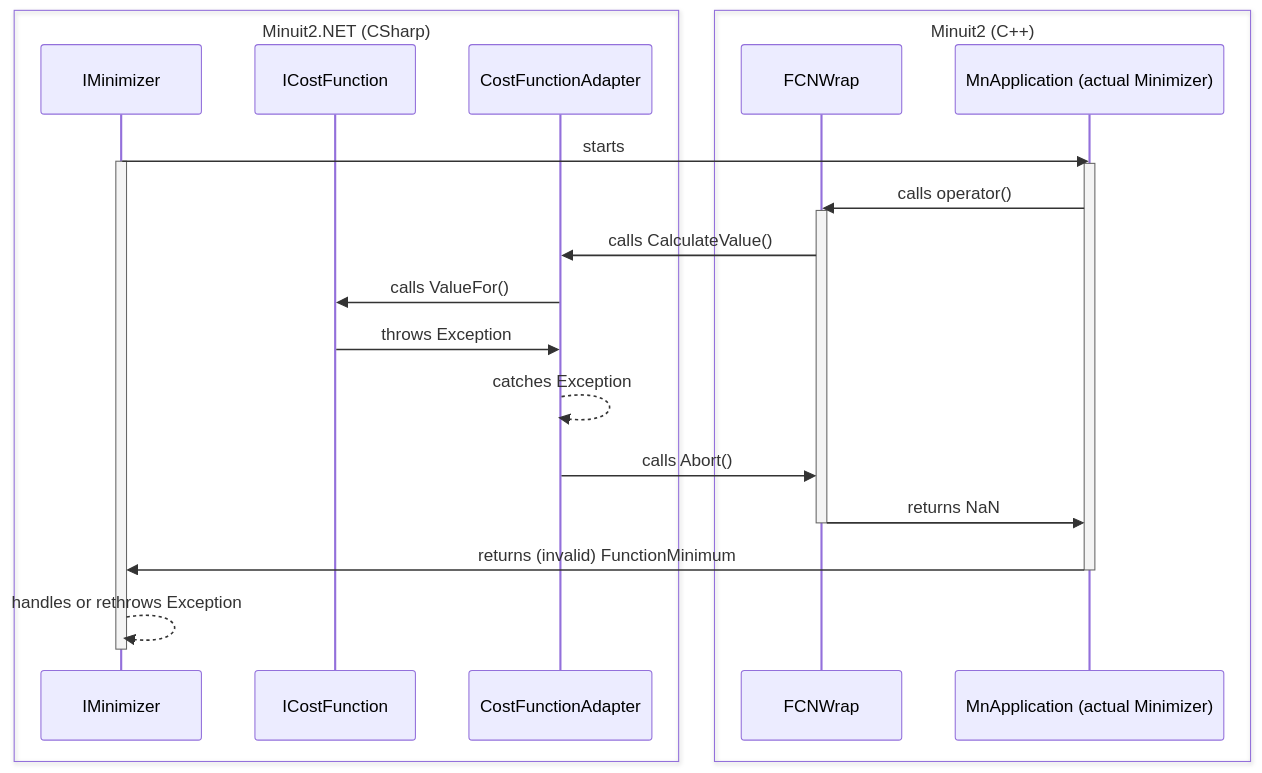
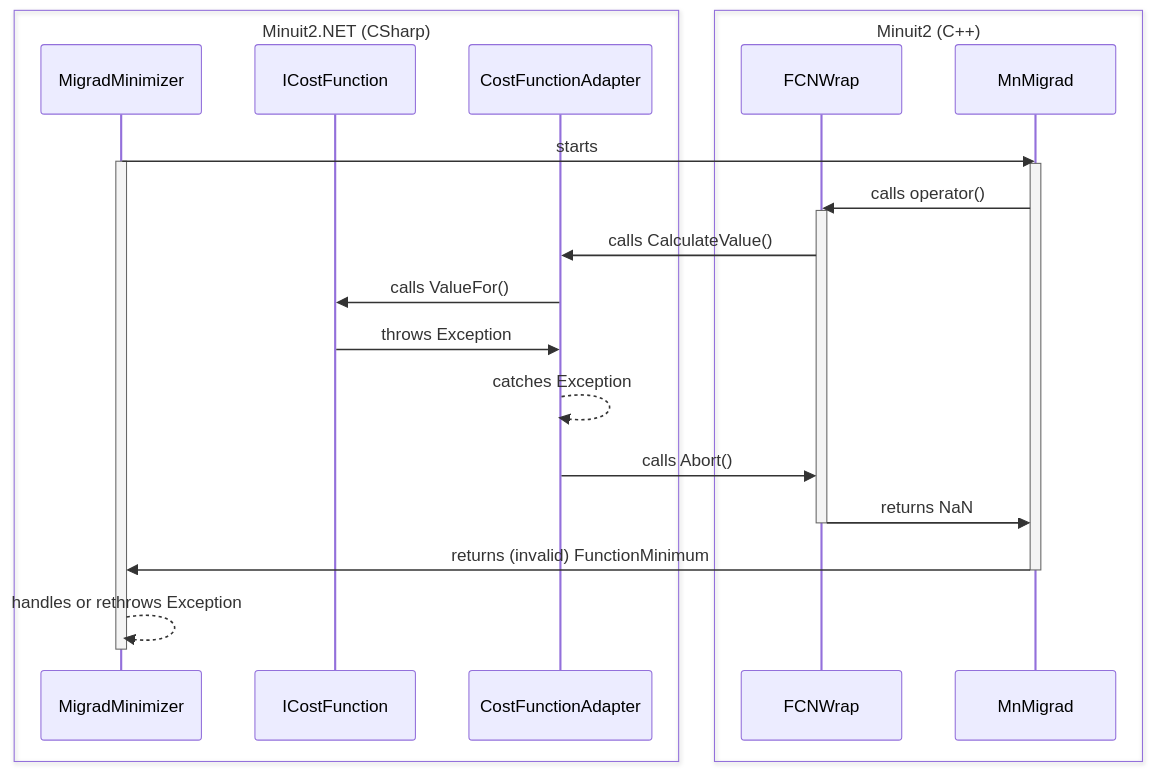
Before and after one commit to bruker-biosensors/minuit2.net: the diagram in minuit2.wrap/README.md, drawn with Mermaid. The commit also changed other lines of this file, not shown here.

Commit message:
docs: Improve readme for Minuit2 wrapping (incl. exception handling)

````diff
--- a/minuit2.wrap/README.md
+++ b/minuit2.wrap/README.md
@@ -30,31 +34,31 @@
 ``` mermaid
 sequenceDiagram
 
 box Minuit2.NET (CSharp)
-    participant IMinimizer
+    participant MigradMinimizer
     participant ICostFunction
     participant CostFunctionAdapter
     end
 
 box Minuit2 (C++)
     participant FCNWrap
-    participant MnApplication (actual Minimizer)
+    participant MnMigrad
     end
 
-    IMinimizer ->> MnApplication (actual Minimizer): starts
-    activate IMinimizer
-    activate MnApplication (actual Minimizer)
-    MnApplication (actual Minimizer) ->> FCNWrap: calls operator()
+    MigradMinimizer ->> MnMigrad: starts
+    activate MigradMinimizer
+    activate MnMigrad
+    MnMigrad ->> FCNWrap: calls operator()
     activate FCNWrap
     FCNWrap ->> CostFunctionAdapter: calls CalculateValue()
     CostFunctionAdapter ->> ICostFunction: calls ValueFor()
     ICostFunction ->> CostFunctionAdapter: throws Exception
     CostFunctionAdapter -->> CostFunctionAdapter: catches Exception
     CostFunctionAdapter ->> FCNWrap: calls Abort()
-    FCNWrap ->> MnApplication (actual Minimizer): returns NaN
+    FCNWrap ->> MnMigrad: returns NaN
     deactivate FCNWrap
-    MnApplication (actual Minimizer) ->> IMinimizer: returns (invalid) FunctionMinimum
-    deactivate MnApplication (actual Minimizer)
-    IMinimizer -->> IMinimizer: handles or rethrows Exception
-    deactivate IMinimizer
+    MnMigrad ->> MigradMinimizer: returns (invalid) FunctionMinimum
+    deactivate MnMigrad
+    MigradMinimizer -->> MigradMinimizer: handles or rethrows Exception
+    deactivate MigradMinimizer
 ```
````
